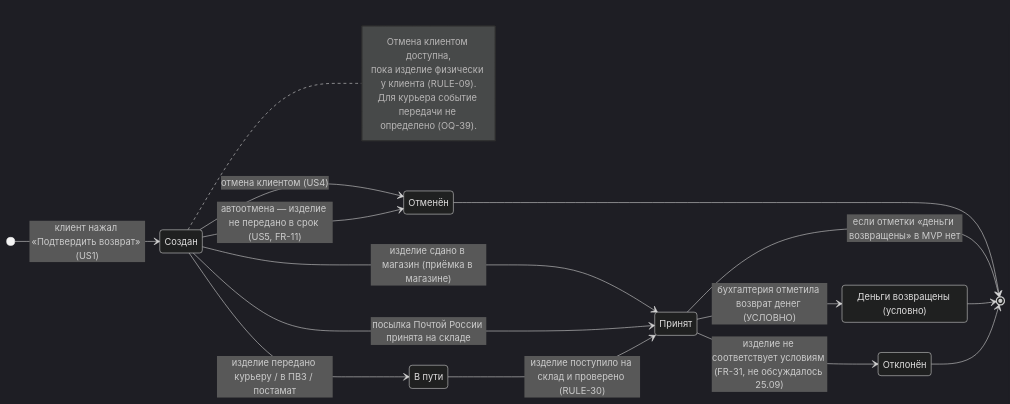
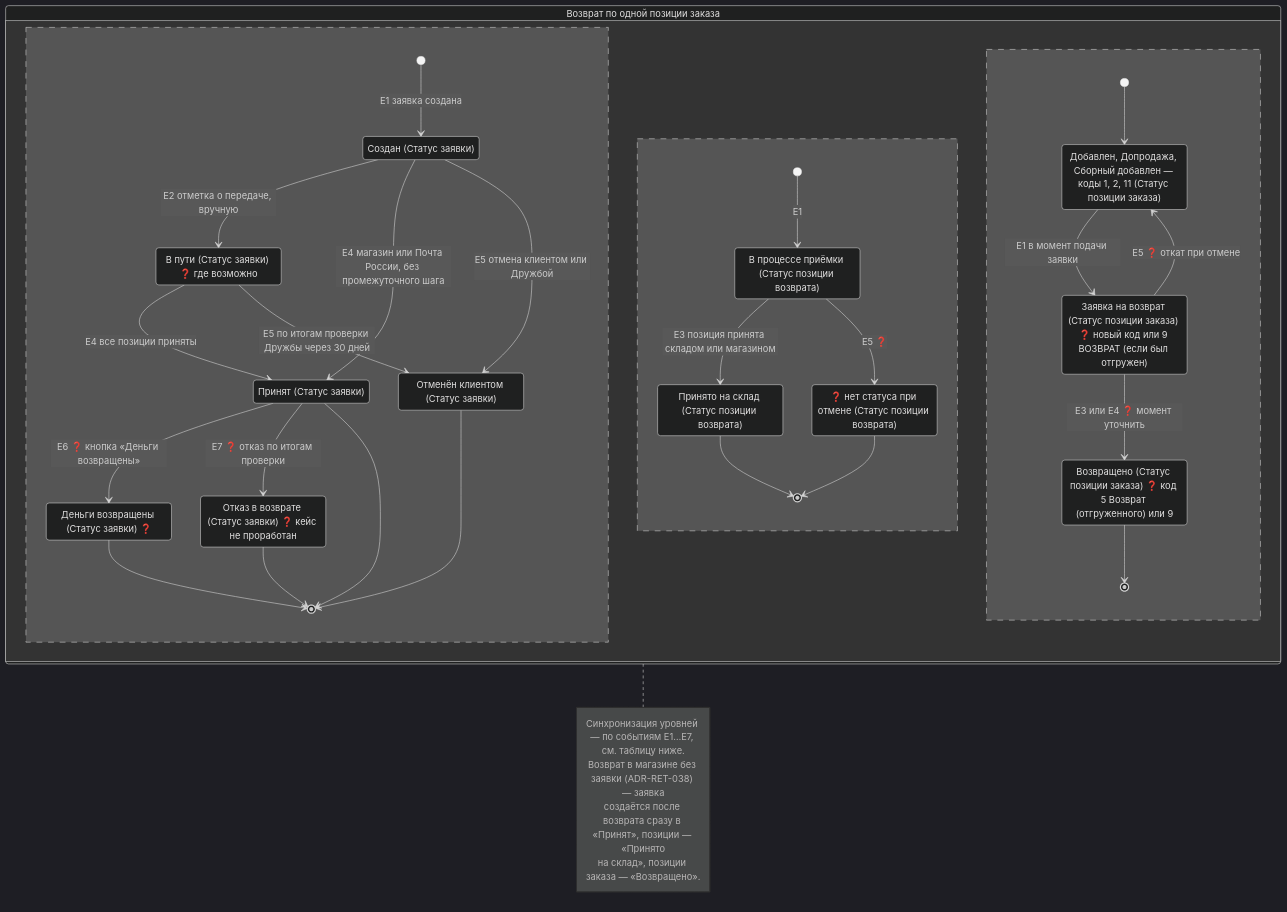
The diagram in requirements/diagrams/state/to-be/return-status_state.md (Terinss155/opencode-agents-analysis), drawn with Mermaid (dark theme) before and after one commit. The commit also changed other lines of this file and 127 other files, not shown here.

````diff
--- a/requirements/diagrams/state/to-be/return-status_state.md
+++ b/requirements/diagrams/state/to-be/return-status_state.md
@@ -12,35 +15,58 @@
 ```mermaid
 stateDiagram-v2
-    direction LR
-    state "Создан" as Created
-    state "В пути" as InTransit
-    state "Принят" as Accepted
-    state "Деньги возвращены (условно)" as Refunded
-    state "Отменён" as Cancelled
-    state "Отклонён" as Rejected
+    direction TB
 
-    [*] --> Created : клиент нажал «Подтвердить возврат» (US1)
+    state "Возврат по одной позиции заказа" as Return {
 
-    Created --> Cancelled : отмена клиентом (US4)
-    Created --> Cancelled : автоотмена — изделие не передано в срок (US5, FR-11)
+        state "Создан (Статус заявки)" as R_Created
+        state "В пути (Статус заявки) ❓ где возможно" as R_Transit
+        state "Принят (Статус заявки)" as R_Accepted
+        state "Деньги возвращены (Статус заявки) ❓" as R_Refunded
+        state "Отменён клиентом (Статус заявки)" as R_Cancelled
+        state "Отказ в возврате (Статус заявки) ❓ кейс не проработан" as R_Rejected
 
-    Created --> InTransit : изделие передано курьеру / в ПВЗ / постамат
-    Created --> Accepted : изделие сдано в магазин (приёмка в магазине)
-    Created --> Accepted : посылка Почтой России принята на складе
+        [*] --> R_Created : E1 заявка создана
+        R_Created --> R_Transit : E2 отметка о передаче, вручную
+        R_Created --> R_Accepted : E4 магазин или Почта России, без промежуточного шага
+        R_Transit --> R_Accepted : E4 все позиции приняты
+        R_Accepted --> R_Refunded : E6 ❓ кнопка «Деньги возвращены»
+        R_Created --> R_Cancelled : E5 отмена клиентом или Дружбой
+        R_Transit --> R_Cancelled : E5 по итогам проверки Дружбы через 30 дней
+        R_Accepted --> R_Rejected : E7 ❓ отказ по итогам проверки
+        R_Accepted --> [*]
+        R_Refunded --> [*]
+        R_Cancelled --> [*]
+        R_Rejected --> [*]
 
-    InTransit --> Accepted : изделие поступило на склад и проверено (RULE-30)
+        --
 
-    Accepted --> Refunded : бухгалтерия отметила возврат денег (УСЛОВНО)
-    Accepted --> Rejected : изделие не соответствует условиям (FR-31, не обсуждалось 25.09)
+        state "В процессе приёмки (Статус позиции возврата)" as P_InAcceptance
+        state "Принято на склад (Статус позиции возврата)" as P_Accepted
+        state "❓ нет статуса при отмене (Статус позиции возврата)" as P_Cancelled
 
-    Cancelled --> [*]
-    Accepted --> [*] : если отметки «деньги возвращены» в MVP нет
-    Refunded --> [*]
-    Rejected --> [*]
+        [*] --> P_InAcceptance : E1
+        P_InAcceptance --> P_Accepted : E3 позиция принята складом или магазином
+        P_InAcceptance --> P_Cancelled : E5 ❓
+        P_Accepted --> [*]
+        P_Cancelled --> [*]
 
-    note right of Created
-        Отмена клиентом доступна,
-        пока изделие физически у клиента (RULE-09).
-        Для курьера событие передачи не определено (OQ-39).
+        --
+
+        state "Добавлен, Допродажа, Сборный добавлен — коды 1, 2, 11 (Статус позиции заказа)" as O_Sold
+        state "Заявка на возврат (Статус позиции заказа) ❓ новый код или 9 ВОЗВРАТ (если был отгружен)" as O_Requested
+        state "Возвращено (Статус позиции заказа) ❓ код 5 Возврат (отгруженного) или 9" as O_Returned
+
+        [*] --> O_Sold
+        O_Sold --> O_Requested : E1 в момент подачи заявки
+        O_Requested --> O_Returned : E3 или E4 ❓ момент уточнить
+        O_Requested --> O_Sold : E5 ❓ откат при отмене
+        O_Returned --> [*]
+    }
+
+    note right of Return
+        Синхронизация уровней — по событиям E1…E7, см. таблицу ниже.
+        Возврат в магазине без заявки (ADR-RET-038) — заявка
+        создаётся после возврата сразу в «Принят», позиции — «Принято
+        на склад», позиции заказа — «Возвращено».
     end note
 ```
````
